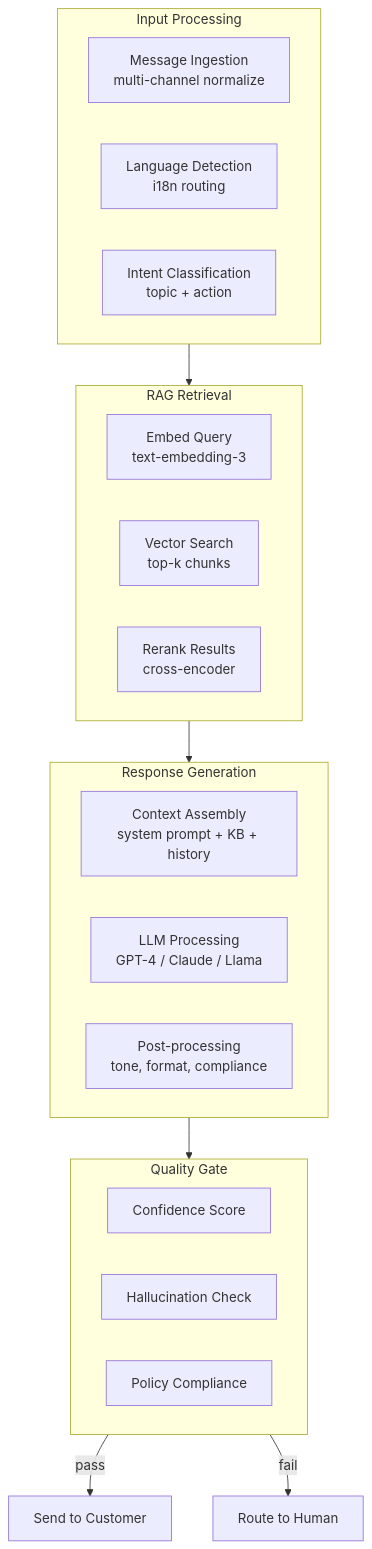
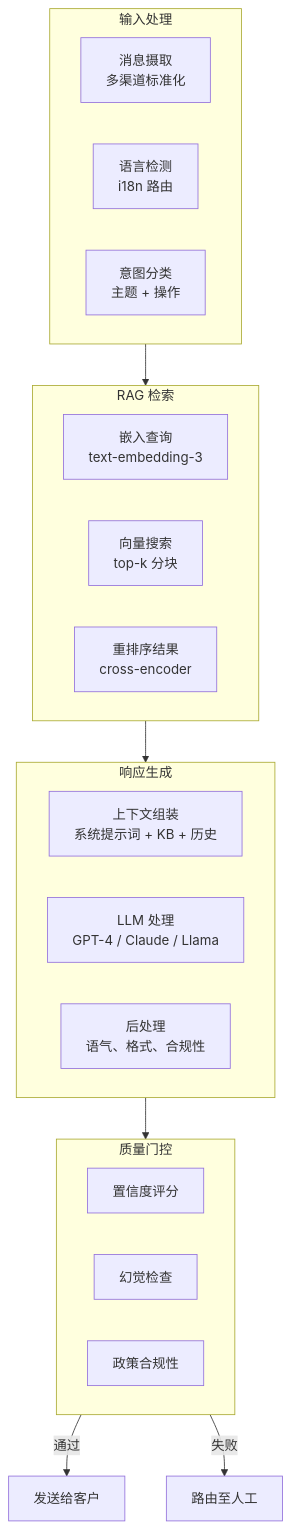
One commit to stars-labs/ai-driven-customer-service changed the fifth of 7 diagrams in i18n/zh/docusaurus-plugin-content-docs/current/architecture.md. Above: the diagram before and after it, drawn with Mermaid. The commit also changed other lines of this file and 15 other files, not shown here.

````diff
--- a/i18n/zh/docusaurus-plugin-content-docs/current/architecture.md
+++ b/i18n/zh/docusaurus-plugin-content-docs/current/architecture.md
@@ -129,32 +129,32 @@
 ```mermaid
 flowchart TB
-    subgraph Input["Input Processing"]
-        I1[Message Ingestion<br/>multi-channel normalize]
-        I2[Language Detection<br/>i18n routing]
-        I3[Intent Classification<br/>topic + action]
+    subgraph Input["输入处理"]
+        I1[消息摄取<br/>多渠道标准化]
+        I2[语言检测<br/>i18n 路由]
+        I3[意图分类<br/>主题 + 操作]
     end
 
-    subgraph Retrieval["RAG Retrieval"]
-        R1[Embed Query<br/>text-embedding-3]
-        R2[Vector Search<br/>top-k chunks]
-        R3[Rerank Results<br/>cross-encoder]
+    subgraph Retrieval["RAG 检索"]
+        R1[嵌入查询<br/>text-embedding-3]
+        R2[向量搜索<br/>top-k 分块]
+        R3[重排序结果<br/>cross-encoder]
     end
 
-    subgraph Generation["Response Generation"]
-        G1[Context Assembly<br/>system prompt + KB + history]
-        G2[LLM Processing<br/>GPT-4 / Claude / Llama]
-        G3[Post-processing<br/>tone, format, compliance]
+    subgraph Generation["响应生成"]
+        G1[上下文组装<br/>系统提示词 + KB + 历史]
+        G2[LLM 处理<br/>GPT-4 / Claude / Llama]
+        G3[后处理<br/>语气、格式、合规性]
     end
 
-    subgraph Validation["Quality Gate"]
-        V1[Confidence Score]
-        V2[Hallucination Check]
-        V3[Policy Compliance]
+    subgraph Validation["质量门控"]
+        V1[置信度评分]
+        V2[幻觉检查]
+        V3[政策合规性]
     end
 
     Input --> Retrieval
     Retrieval --> Generation
     Generation --> Validation
-    Validation -->|pass| Output[Send to Customer]
-    Validation -->|fail| Escalate[Route to Human]
+    Validation -->|通过| Output[发送给客户]
+    Validation -->|失败| Escalate[路由至人工]
 ```
````
